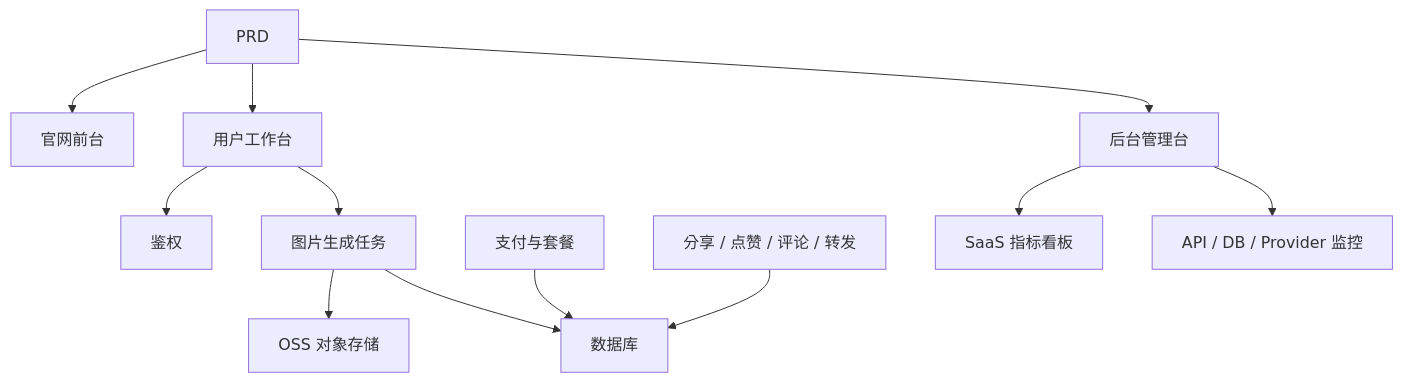
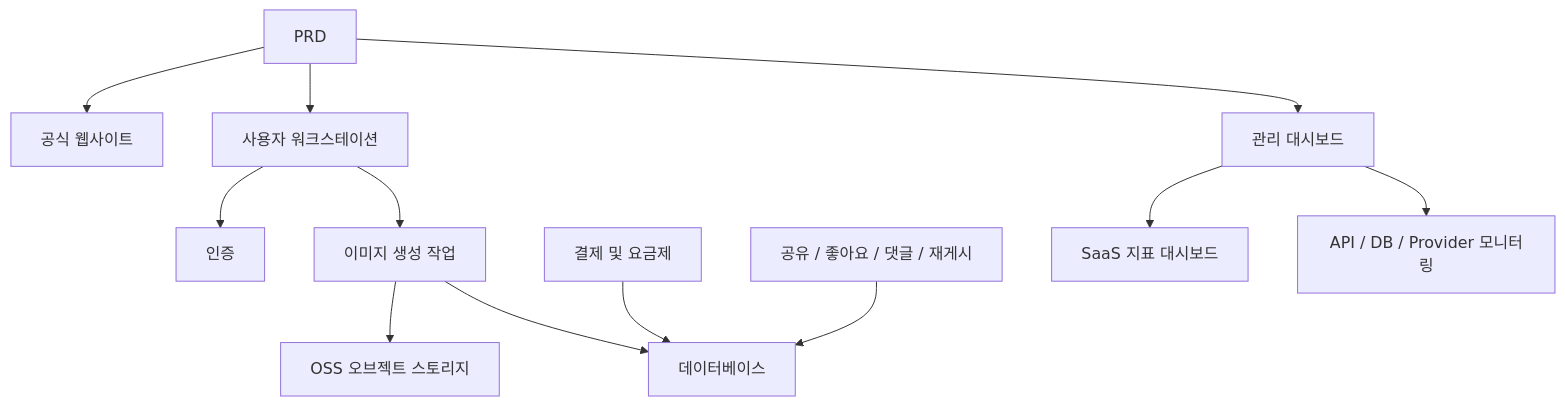
The diagram in docs/ko-kr/stage-2/assignments/modern-landing-page/index.md (sketchymonk/easy-vibe), drawn with Mermaid before and after one commit. The commit also changed other lines of this file and 59 other files, not shown here.

````diff
--- a/docs/ko-kr/stage-2/assignments/modern-landing-page/index.md
+++ b/docs/ko-kr/stage-2/assignments/modern-landing-page/index.md
@@ -75,14 +75,14 @@
 ```mermaid
 flowchart TD
-  prd["PRD"] --> web["官网前台"]
-  prd --> app["用户工作台"]
-  prd --> admin["后台管理台"]
-  app --> auth["鉴权"]
-  app --> gen["图片生成任务"]
-  gen --> oss["OSS 对象存储"]
-  gen --> db["数据库"]
-  billing["支付与套餐"] --> db
-  social["分享 / 点赞 / 评论 / 转发"] --> db
-  admin --> analytics["SaaS 指标看板"]
-  admin --> observability["API / DB / Provider 监控"]
+  prd["PRD"] --> web["공식 웹사이트"]
+  prd --> app["사용자 워크스테이션"]
+  prd --> admin["관리 대시보드"]
+  app --> auth["인증"]
+  app --> gen["이미지 생성 작업"]
+  gen --> oss["OSS 오브젝트 스토리지"]
+  gen --> db["데이터베이스"]
+  billing["결제 및 요금제"] --> db
+  social["공유 / 좋아요 / 댓글 / 재게시"] --> db
+  admin --> analytics["SaaS 지표 대시보드"]
+  admin --> observability["API / DB / Provider 모니터링"]
 ```
````
